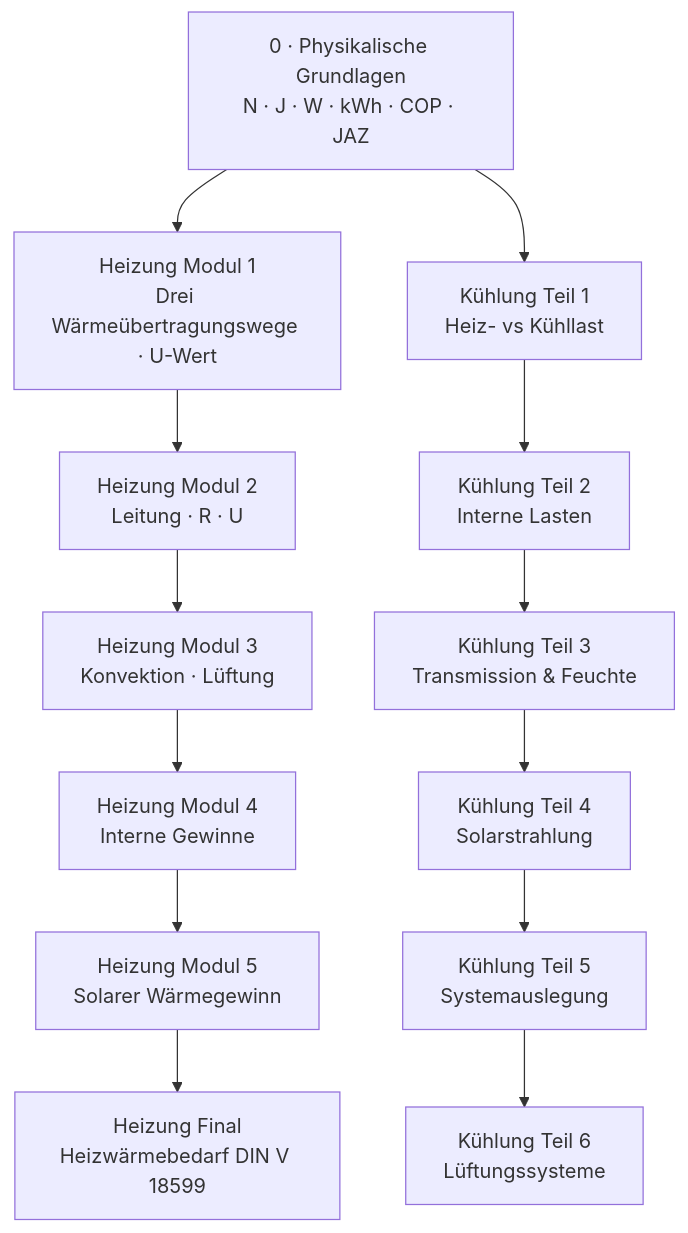
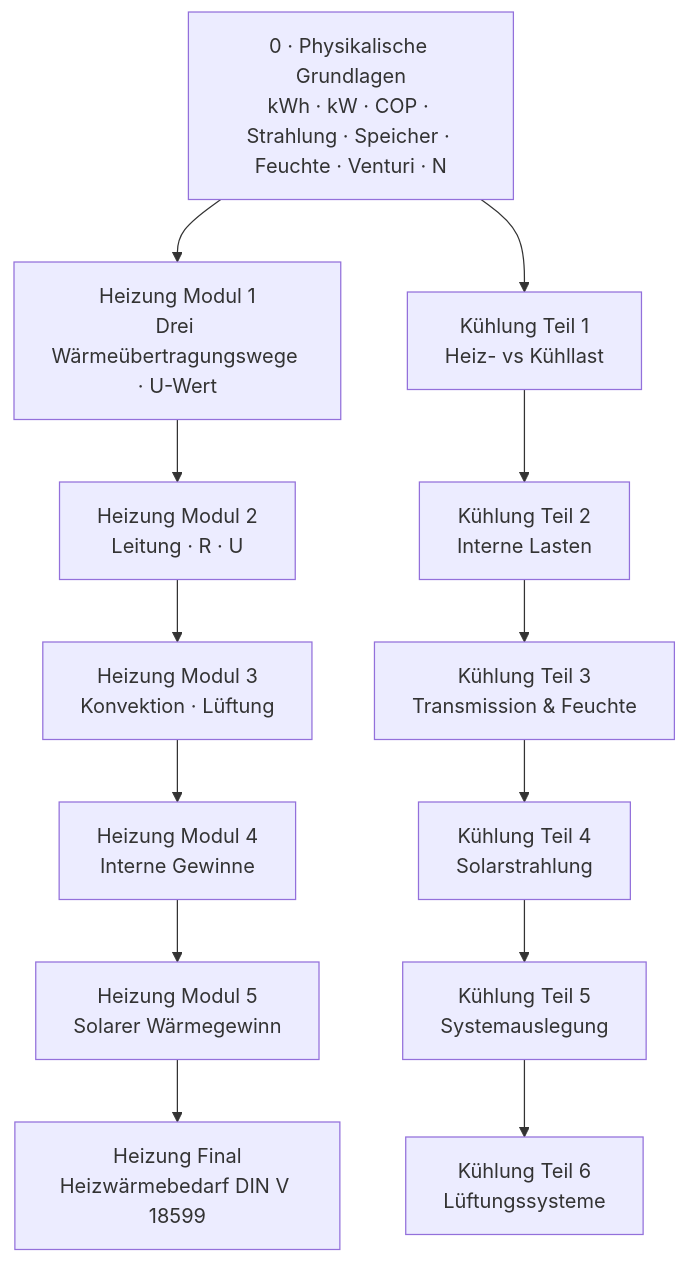
Before and after one commit to usalu/semio: the diagram in tutorial/energy/demand/KONZEPTE_UND_FORMELN.md, drawn with Mermaid. The commit also changed other lines of this file and 38 other files, not shown here.

````diff
--- a/tutorial/energy/demand/KONZEPTE_UND_FORMELN.md
+++ b/tutorial/energy/demand/KONZEPTE_UND_FORMELN.md
@@ -10,19 +10,19 @@
 ```mermaid
 flowchart TB
-    PF["0 · Physikalische Grundlagen<br/>N · J · W · kWh · COP · JAZ"]
+    PF["0 · Physikalische Grundlagen<br/>kWh · kW · COP · Strahlung · Speicher · Feuchte · Venturi · N"]
     H1["Heizung Modul 1<br/>Drei Wärmeübertragungswege · U-Wert"]
     H2["Heizung Modul 2<br/>Leitung · R · U"]
     H3["Heizung Modul 3<br/>Konvektion · Lüftung"]
     H4["Heizung Modul 4<br/>Interne Gewinne"]
     H5["Heizung Modul 5<br/>Solarer Wärmegewinn"]
     HF["Heizung Final<br/>Heizwärmebedarf DIN V 18599"]
     C1["Kühlung Teil 1<br/>Heiz- vs Kühllast"]
     C2["Kühlung Teil 2<br/>Interne Lasten"]
     C3["Kühlung Teil 3<br/>Transmission & Feuchte"]
     C4["Kühlung Teil 4<br/>Solarstrahlung"]
     C5["Kühlung Teil 5<br/>Systemauslegung"]
     C6["Kühlung Teil 6<br/>Lüftungssysteme"]
 
     PF --> H1 --> H2 --> H3 --> H4 --> H5 --> HF
     PF --> C1 --> C2 --> C3 --> C4 --> C5 --> C6
 ```
````
